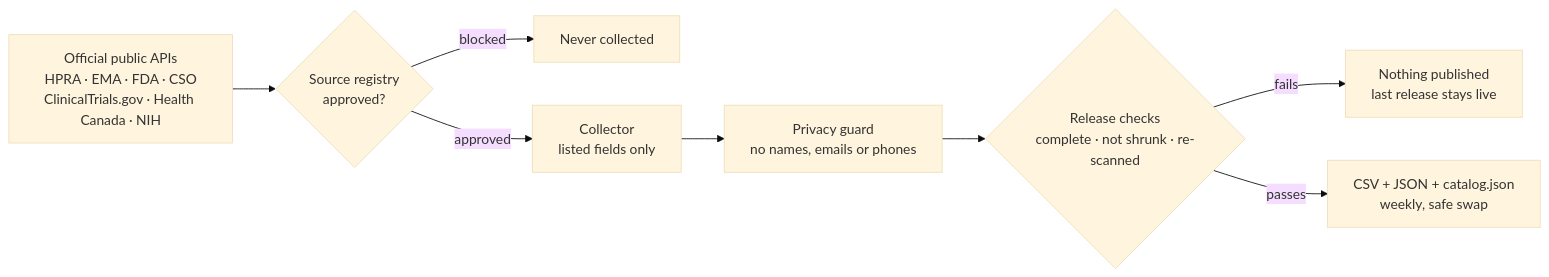
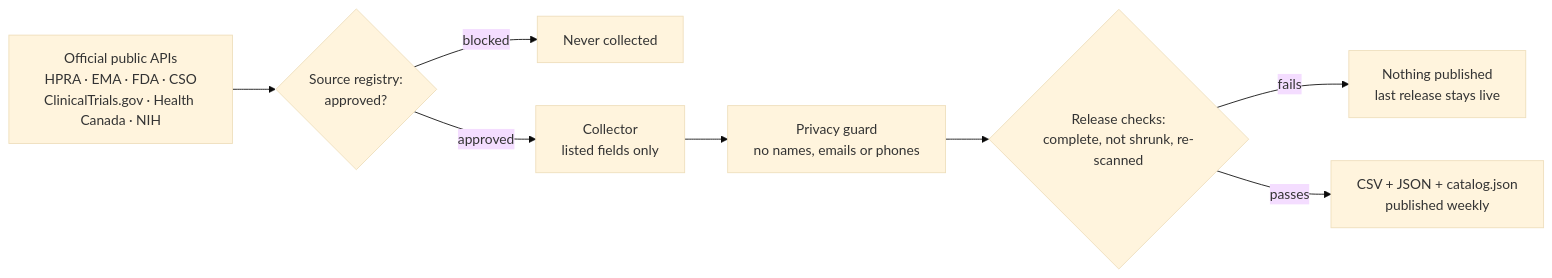
One commit to priyalifescience/airmed changed the diagram in README.md. Above: the diagram before and after it, drawn with Mermaid (base theme). The commit also changed other lines of this file and 4 other files, not shown here.

Commit message:
README redesign: stats strip, intro with portrait, website links per dataset, safeguards table, More from Priya Life Science; browse_url per dataset in registry, catalog, datapackage and release index

````diff
--- a/README.md
+++ b/README.md
@@ -93,10 +132,10 @@
 ```mermaid
 flowchart LR
-    A[Official public APIs<br/>HPRA · EMA · FDA · CSO<br/>ClinicalTrials.gov · Health Canada · NIH] --> B{Source registry<br/>approved?}
-    B -- blocked --> X[Never collected]
-    B -- approved --> C[Collector<br/>listed fields only]
-    C --> D[Privacy guard<br/>no names, emails or phones]
-    D --> E{Release checks<br/>complete · not shrunk · re-scanned}
-    E -- fails --> K[Nothing published<br/>last release stays live]
-    E -- passes --> F[CSV + JSON + catalog.json<br/>weekly, safe swap]
+    A["Official public APIs<br/>HPRA · EMA · FDA · CSO<br/>ClinicalTrials.gov · Health Canada · NIH"] --> B{"Source registry:<br/>approved?"}
+    B -- blocked --> X["Never collected"]
+    B -- approved --> C["Collector<br/>listed fields only"]
+    C --> D["Privacy guard<br/>no names, emails or phones"]
+    D --> E{"Release checks:<br/>complete, not shrunk, re-scanned"}
+    E -- fails --> K["Nothing published<br/>last release stays live"]
+    E -- passes --> F["CSV + JSON + catalog.json<br/>published weekly"]
 ```
````
